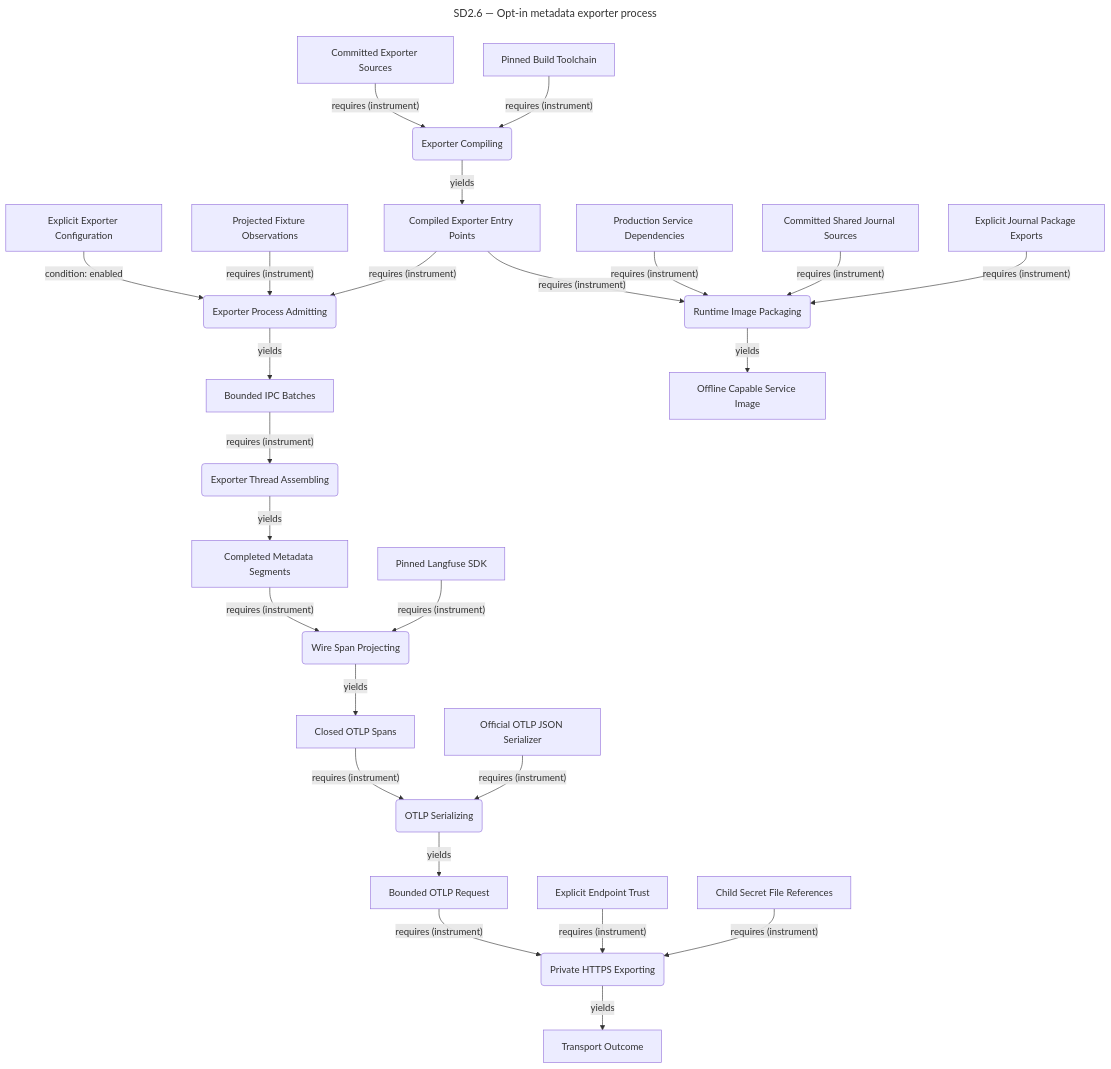
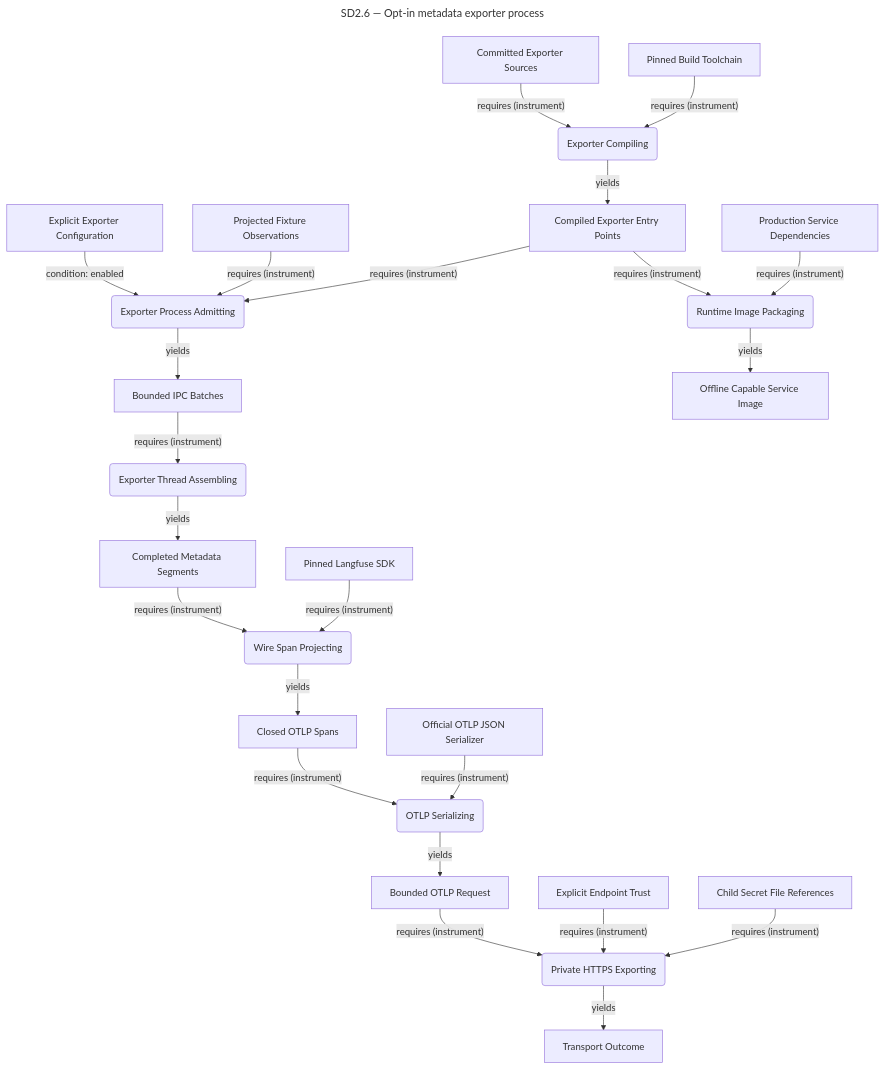
Diagram 14 of 16 in opm/system.md (ojfbot/daily-logger), drawn with Mermaid before and after one commit. The commit also changed other lines of this file and 5 other files, not shown here.

````diff
--- a/opm/system.md
+++ b/opm/system.md
@@ -1699,57 +1699,53 @@
 ```mermaid
 ---
 title: "SD2.6 — Opt-in metadata exporter process"
 ---
 flowchart TD
   accTitle: SD2.6 — Opt-in metadata exporter process
   accDescr: Lossy system model projection. Complete source facts follow this diagram.
   n322["Explicit Exporter Configuration"]
   n310("Exporter Process Admitting")
   n303["Projected Fixture Observations"]
   n323["Compiled Exporter Entry Points"]
   n324["Bounded IPC Batches"]
   n325("Exporter Thread Assembling")
   n326["Completed Metadata Segments"]
   n327("Wire Span Projecting")
   n328["Pinned Langfuse SDK"]
   n329["Closed OTLP Spans"]
   n330("OTLP Serializing")
   n331["Official OTLP JSON Serializer"]
   n332["Bounded OTLP Request"]
   n333("Private HTTPS Exporting")
   n334["Explicit Endpoint Trust"]
   n335["Child Secret File References"]
   n336["Transport Outcome"]
   n337("Exporter Compiling")
   n338["Committed Exporter Sources"]
   n339["Pinned Build Toolchain"]
   n340("Runtime Image Packaging")
   n341["Production Service Dependencies"]
-  n342["Committed Shared Journal Sources"]
-  n343["Explicit Journal Package Exports"]
-  n344["Offline Capable Service Image"]
+  n342["Offline Capable Service Image"]
   n322 -->|"condition: enabled"| n310
   n303 -->|"requires (instrument)"| n310
   n323 -->|"requires (instrument)"| n310
   n310 -->|"yields"| n324
   n324 -->|"requires (instrument)"| n325
   n325 -->|"yields"| n326
   n326 -->|"requires (instrument)"| n327
   n328 -->|"requires (instrument)"| n327
   n327 -->|"yields"| n329
   n329 -->|"requires (instrument)"| n330
   n331 -->|"requires (instrument)"| n330
   n330 -->|"yields"| n332
   n332 -->|"requires (instrument)"| n333
   n334 -->|"requires (instrument)"| n333
   n335 -->|"requires (instrument)"| n333
   n333 -->|"yields"| n336
   n338 -->|"requires (instrument)"| n337
   n339 -->|"requires (instrument)"| n337
   n337 -->|"yields"| n323
   n323 -->|"requires (instrument)"| n340
   n341 -->|"requires (instrument)"| n340
-  n342 -->|"requires (instrument)"| n340
-  n343 -->|"requires (instrument)"| n340
-  n340 -->|"yields"| n344
+  n340 -->|"yields"| n342
 ```
````
